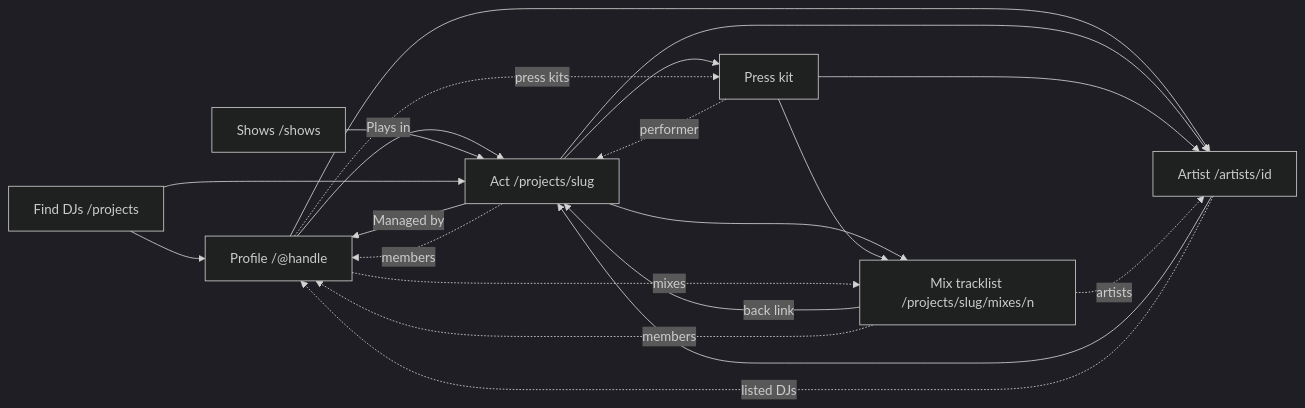
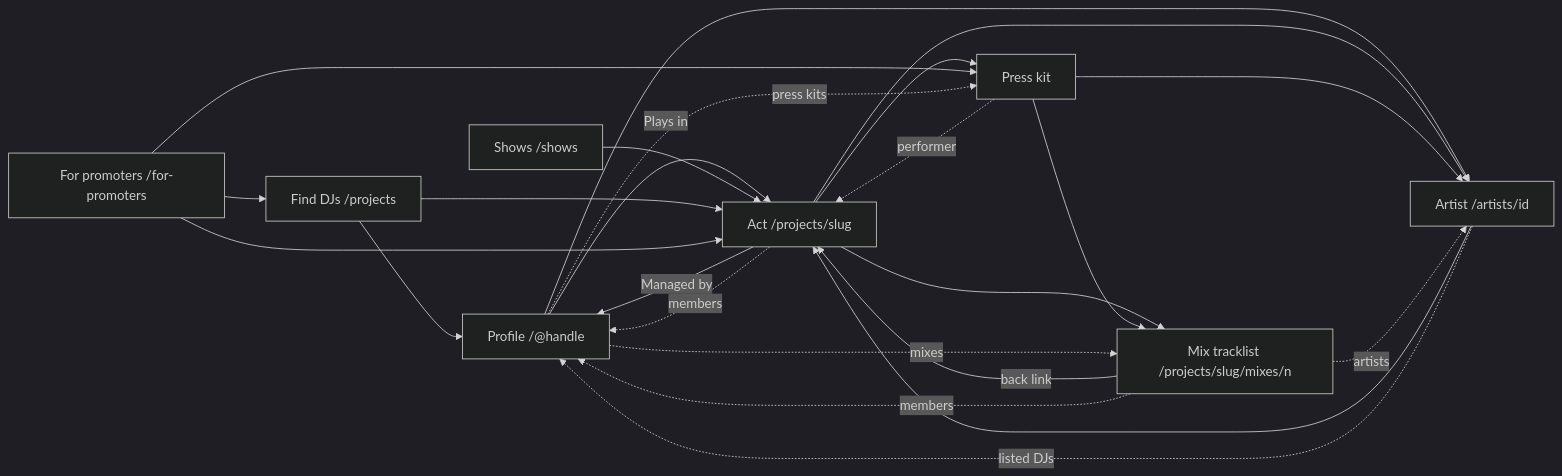
The second of 2 diagrams in docs/link-matrix.md (cutenode/localnetwork), drawn with Mermaid (dark theme) before and after one commit. The commit also changed other lines of this file and 19 other files, not shown here.

````diff
--- a/docs/link-matrix.md
+++ b/docs/link-matrix.md
@@ -239,31 +256,35 @@
 ```mermaid
 flowchart LR
     profile["Profile /@handle"]
     act["Act /projects/slug"]
     kit["Press kit"]
     mix["Mix tracklist /projects/slug/mixes/n"]
     shows["Shows /shows"]
     artist["Artist /artists/id"]
     find["Find DJs /projects"]
+    promoters["For promoters /for-promoters"]
 
     profile -->|"Plays in"| act
     profile --> artist
     act -->|"Managed by"| profile
     act --> kit
     act --> mix
     act --> artist
     kit --> mix
     kit --> artist
     mix -->|"back link"| act
     shows --> act
     artist --> act
     find --> act
     find --> profile
+    promoters --> find
+    promoters --> act
+    promoters --> kit
     act -.->|"members"| profile
     profile -.->|"mixes"| mix
     profile -.->|"press kits"| kit
     kit -.->|"performer"| act
     mix -.->|"artists"| artist
     mix -.->|"members"| profile
     artist -.->|"listed DJs"| profile
 ```
````
